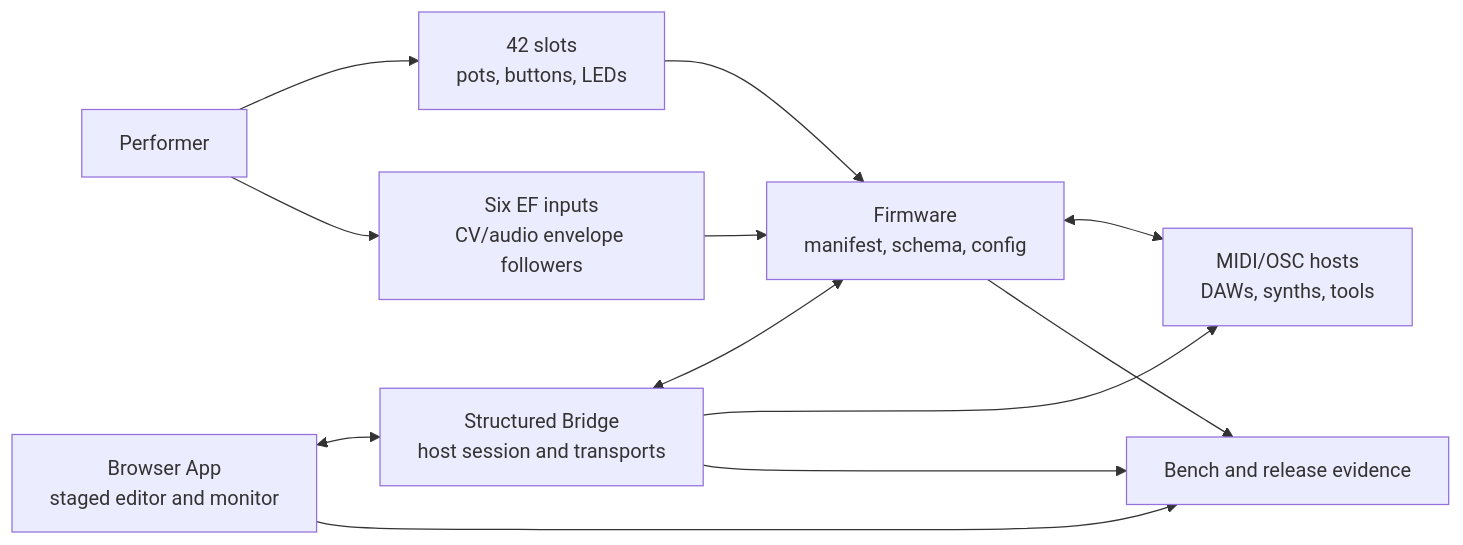
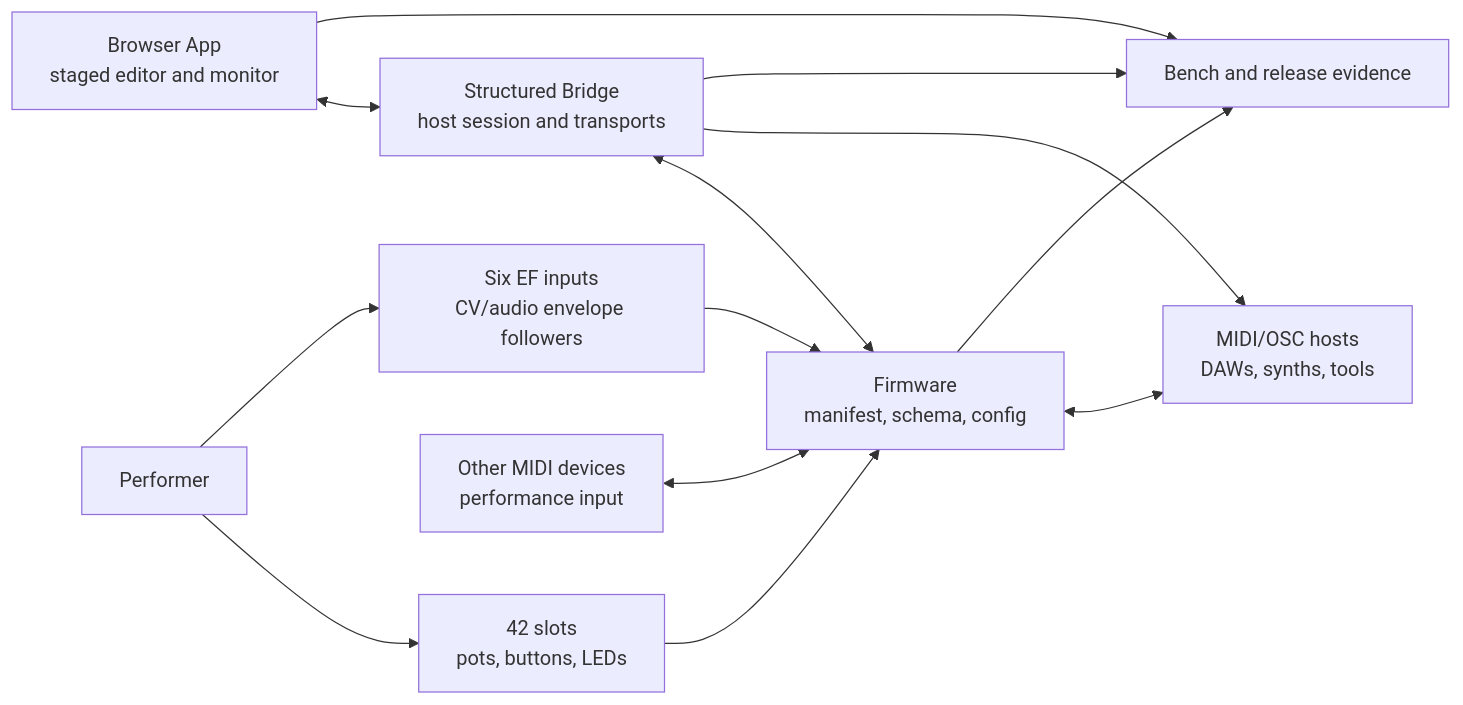
One commit to bseverns/MOARkNOBS-42 changed the diagram in docs/getting-started/SystemMap.md. Above: the diagram before and after it, drawn with Mermaid. The commit also changed other lines of this file and 15 other files, not shown here.

````diff
--- a/docs/getting-started/SystemMap.md
+++ b/docs/getting-started/SystemMap.md
@@ -7,23 +7,25 @@
 ```mermaid
 flowchart LR
   Performer[Performer]
   Controls[42 slots<br/>pots, buttons, LEDs]
   Inputs[Six EF inputs<br/>CV/audio envelope followers]
   Firmware[Firmware<br/>manifest, schema, config]
   App[Browser App<br/>staged editor and monitor]
   Bridge[Structured Bridge<br/>host session and transports]
   Hosts[MIDI/OSC hosts<br/>DAWs, synths, tools]
+  ExternalMIDI[Other MIDI devices<br/>performance input]
   Evidence[Bench and release evidence]
 
   Performer --> Controls
   Performer --> Inputs
   Controls --> Firmware
   Inputs --> Firmware
   App <--> Bridge
   Bridge <--> Firmware
   Firmware <--> Hosts
+  ExternalMIDI <--> Firmware
   Bridge --> Hosts
   Firmware --> Evidence
   App --> Evidence
   Bridge --> Evidence
 ```
````
